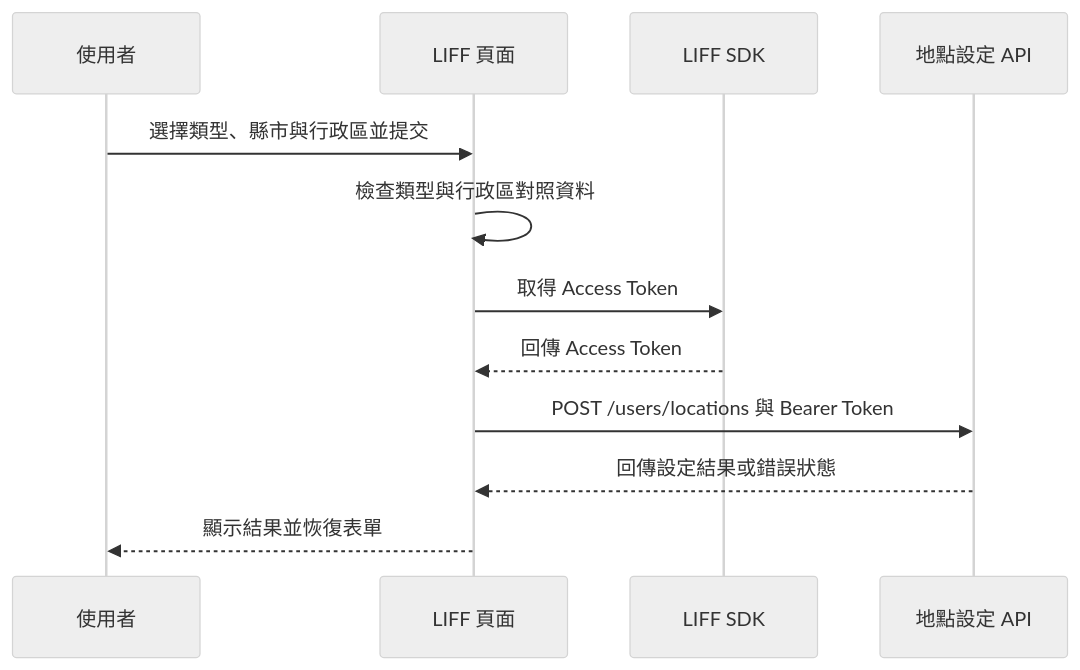
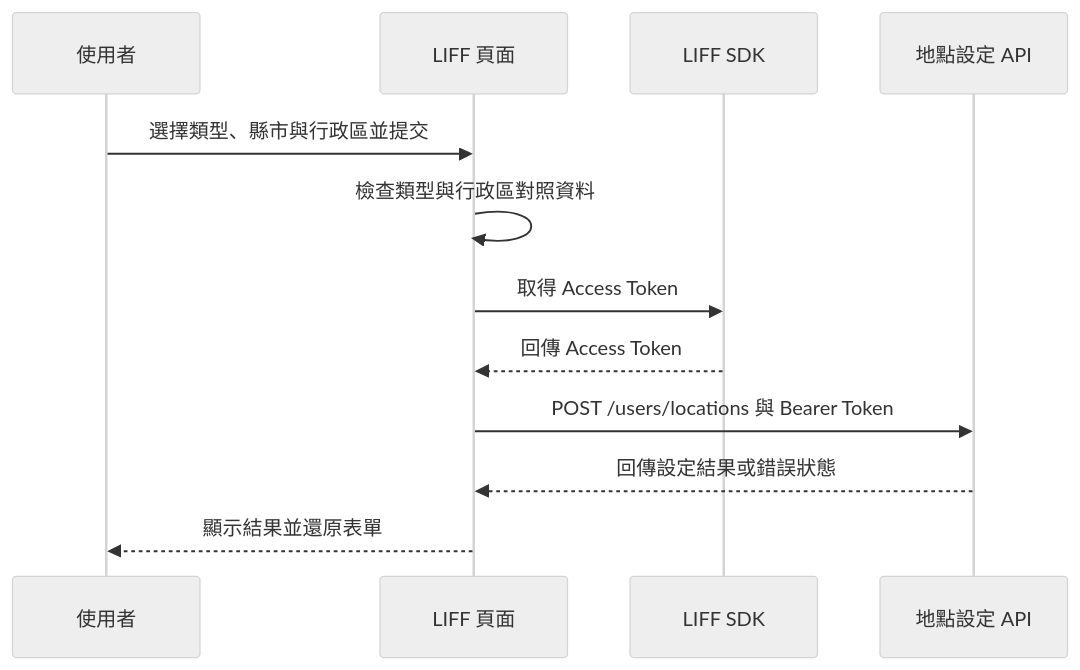
The third of 3 diagrams in docs/wiki/users_and_location_settings/users_and_location_settings_liff.md (kyomind/WeaMind), drawn with Mermaid (neutral theme) before and after one commit. The commit also changed other lines of this file and 14 other files, not shown here.

````diff
--- a/docs/wiki/users_and_location_settings/users_and_location_settings_liff.md
+++ b/docs/wiki/users_and_location_settings/users_and_location_settings_liff.md
@@ -73,14 +73,14 @@
 ```mermaid
 sequenceDiagram
     participant U as 使用者
     participant P as LIFF 頁面
     participant L as LIFF SDK
     participant A as 地點設定 API
     U->>P: 選擇類型、縣市與行政區並提交
     P->>P: 檢查類型與行政區對照資料
     P->>L: 取得 Access Token
     L-->>P: 回傳 Access Token
     P->>A: POST /users/locations 與 Bearer Token
     A-->>P: 回傳設定結果或錯誤狀態
-    P-->>U: 顯示結果並恢復表單
+    P-->>U: 顯示結果並還原表單
 ```
````
